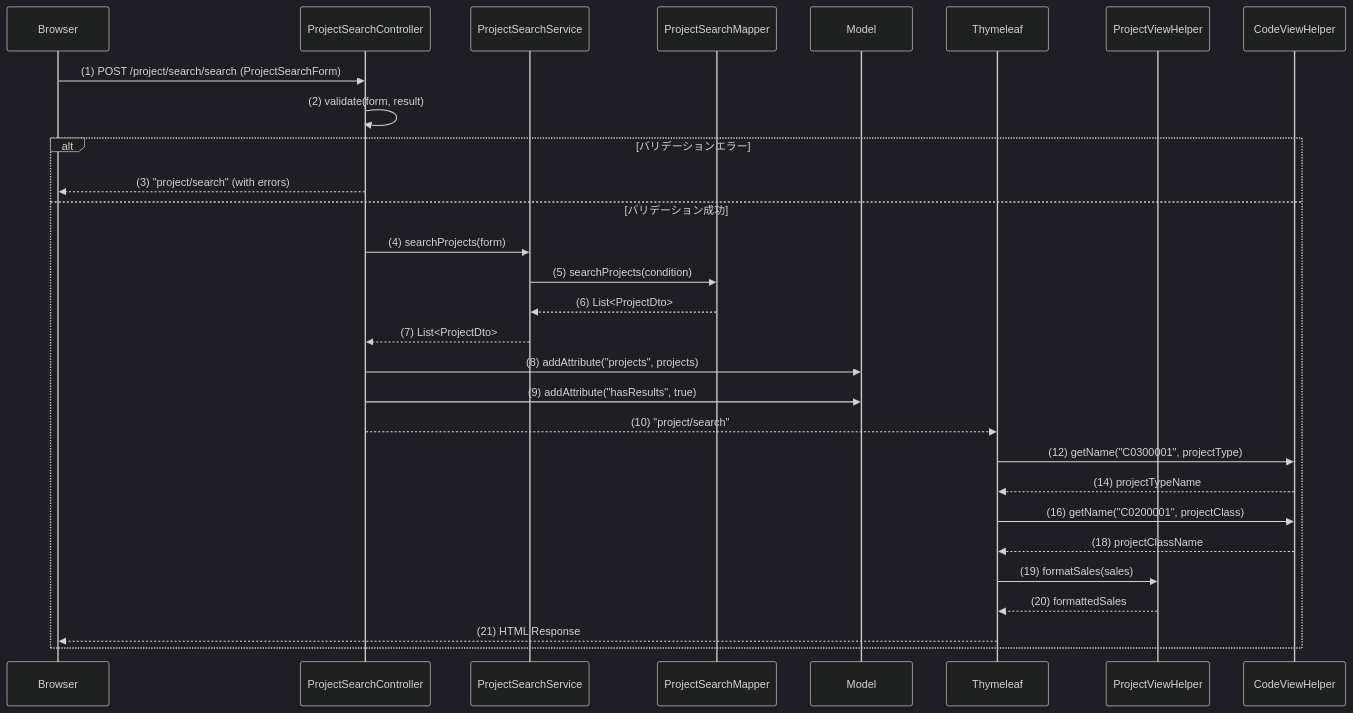
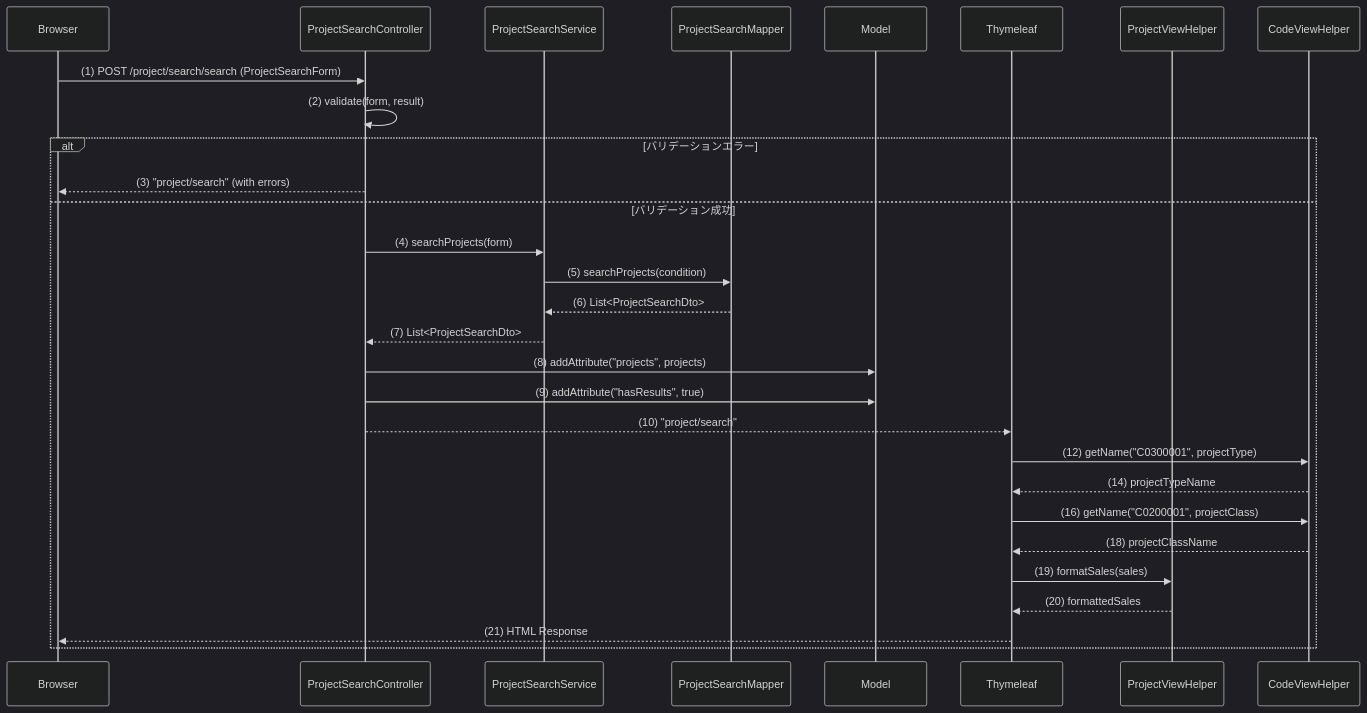
The fourth of 5 diagrams in web/docs/plan/プロジェクト照会実装計画.md (nagaoka-aya/rta-with-ai-2), drawn with Mermaid (dark theme) before and after one commit. The commit also changed other lines of this file and 8 other files, not shown here.

First line of the commit message:
Implement project search functionality with detailed service, mapper, and DTOs

````diff
--- a/web/docs/plan/プロジェクト照会実装計画.md
+++ b/web/docs/plan/プロジェクト照会実装計画.md
@@ -202,47 +202,47 @@
 ```mermaid
 sequenceDiagram
     participant Browser
     participant ProjectSearchController
     participant ProjectSearchService
     participant ProjectSearchMapper
     participant Model
     participant Thymeleaf
     participant ProjectViewHelper
     participant CodeViewHelper
 
     %% ① 検索リクエスト
     Browser ->> ProjectSearchController: (1) POST /project/search/search (ProjectSearchForm)
     
     %% ② バリデーション
     ProjectSearchController ->> ProjectSearchController: (2) validate(form, result)
     
     alt バリデーションエラー
         ProjectSearchController -->> Browser: (3) "project/search" (with errors)
     else バリデーション成功
         %% ③ プロジェクト検索
         ProjectSearchController ->> ProjectSearchService: (4) searchProjects(form)
         ProjectSearchService ->> ProjectSearchMapper: (5) searchProjects(condition)
-        ProjectSearchMapper -->> ProjectSearchService: (6) List<ProjectDto>
-        ProjectSearchService -->> ProjectSearchController: (7) List<ProjectDto>
+        ProjectSearchMapper -->> ProjectSearchService: (6) List<ProjectSearchDto>
+        ProjectSearchService -->> ProjectSearchController: (7) List<ProjectSearchDto>
         
         %% ④ モデルに設定
         ProjectSearchController ->> Model: (8) addAttribute("projects", projects)
         ProjectSearchController ->> Model: (9) addAttribute("hasResults", true)
         
         %% ⑤ テンプレート指定
         ProjectSearchController -->> Thymeleaf: (10) "project/search"
         
         %% ⑥ HTMLレンダリング時にViewHelper参照
         Thymeleaf ->> CodeViewHelper: (12) getName("C0300001", projectType)
         CodeViewHelper -->> Thymeleaf: (14) projectTypeName
         
         Thymeleaf ->> CodeViewHelper: (16) getName("C0200001", projectClass)
         CodeViewHelper -->> Thymeleaf: (18) projectClassName
         
         Thymeleaf ->> ProjectViewHelper: (19) formatSales(sales)
         ProjectViewHelper -->> Thymeleaf: (20) formattedSales
         
         %% ⑦ HTML生成・レスポンス
         Thymeleaf -->> Browser: (21) HTML Response
     end
 ```
````
